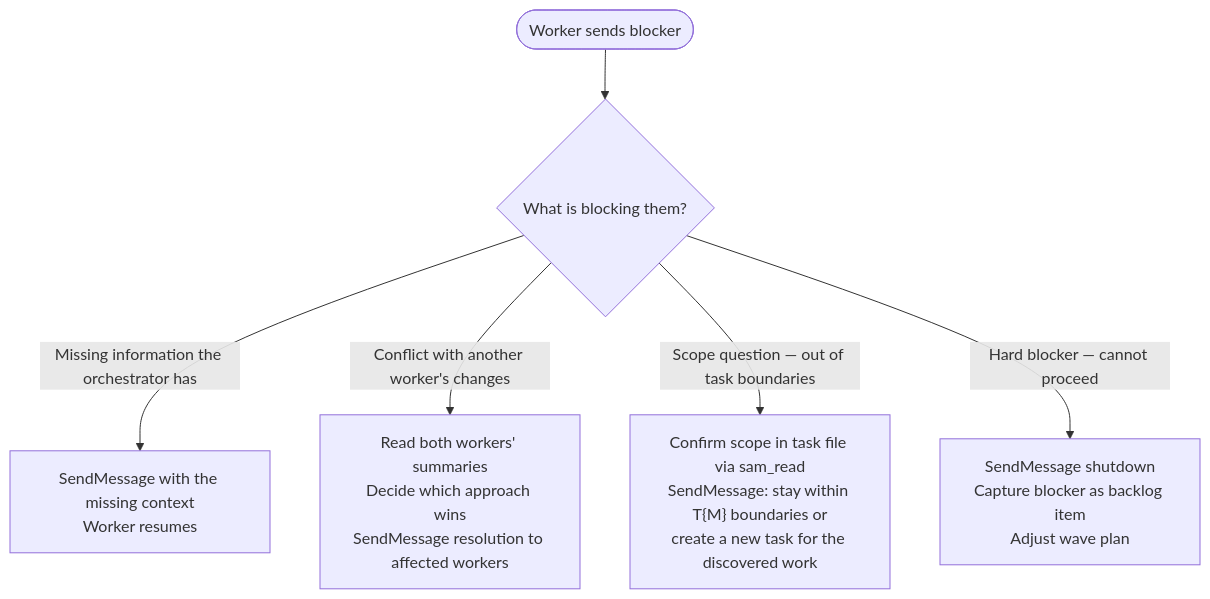
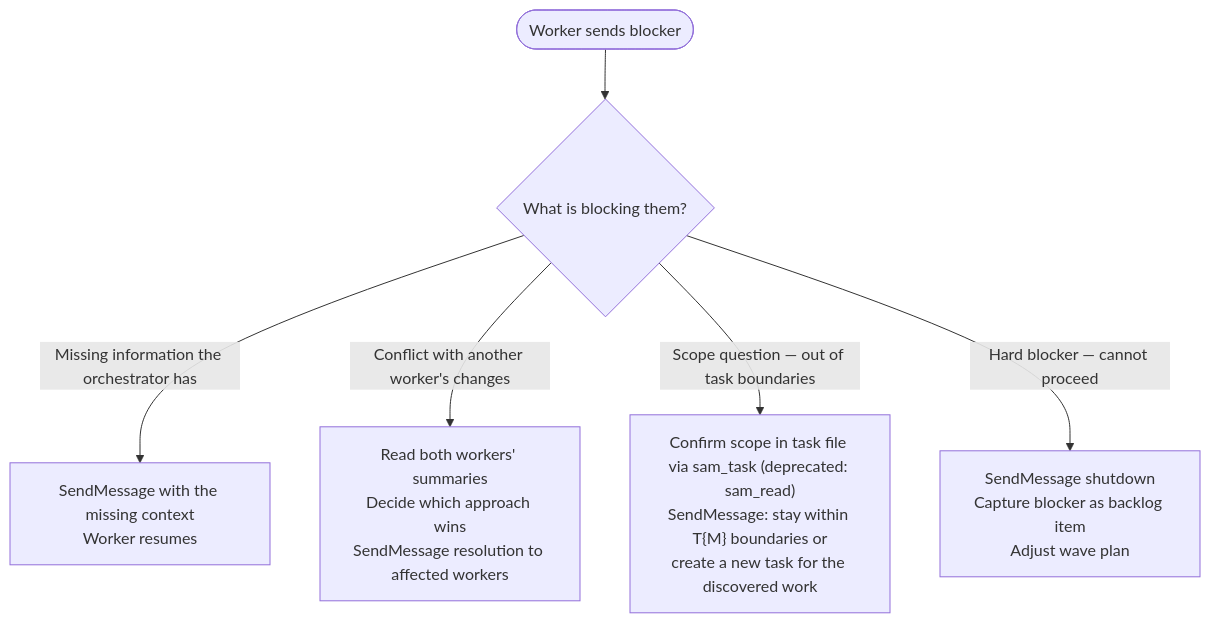
The third of 3 diagrams in plugins/development-harness/skills/dispatch/SKILL.md (chgreer1070/claude_skills), drawn with Mermaid before and after one commit. The commit also changed other lines of this file and 7 other files, not shown here.

````diff
--- a/plugins/development-harness/skills/dispatch/SKILL.md
+++ b/plugins/development-harness/skills/dispatch/SKILL.md
@@ -77,8 +77,8 @@
 ```mermaid
 flowchart TD
     Blocker(["Worker sends blocker"]) --> Classify{"What is blocking them?"}
     Classify -->|"Missing information the orchestrator has"| Relay["SendMessage with the missing context<br>Worker resumes"]
     Classify -->|"Conflict with another worker's changes"| Resolve["Read both workers' summaries<br>Decide which approach wins<br>SendMessage resolution to affected workers"]
-    Classify -->|"Scope question — out of task boundaries"| Bound["Confirm scope in task file via sam_read<br>SendMessage: stay within T{M} boundaries or<br>create a new task for the discovered work"]
+    Classify -->|"Scope question — out of task boundaries"| Bound["Confirm scope in task file via sam_task (deprecated: sam_read)<br>SendMessage: stay within T{M} boundaries or<br>create a new task for the discovered work"]
     Classify -->|"Hard blocker — cannot proceed"| Escalate["SendMessage shutdown<br>Capture blocker as backlog item<br>Adjust wave plan"]
 ```
````
